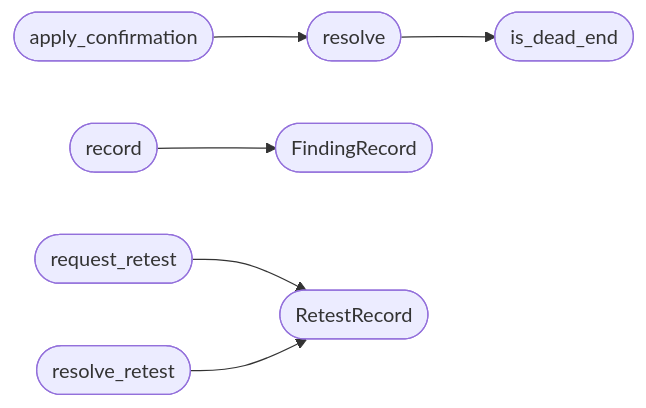
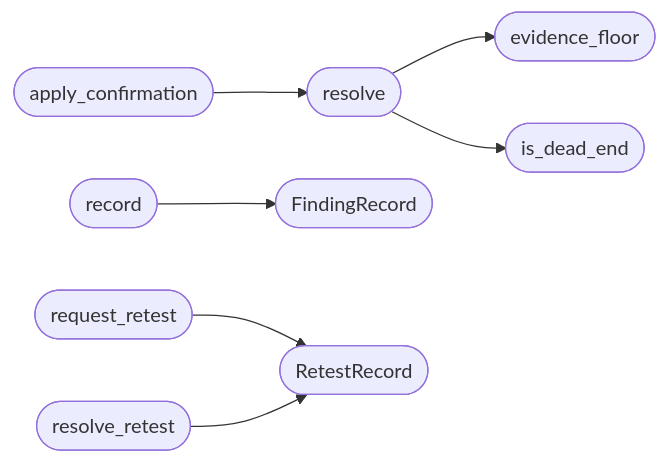
Before and after one commit to grisuno/LazyOwn: the second of 2 diagrams in readmenator-apidocs/modules/modules.finding_lifecycle.py.md, drawn with Mermaid. The commit also changed other lines of this file and 276 other files, not shown here.

````diff
--- a/readmenator-apidocs/modules/modules.finding_lifecycle.py.md
+++ b/readmenator-apidocs/modules/modules.finding_lifecycle.py.md
@@ -51,16 +51,18 @@
 ```mermaid
 flowchart LR
     n_modules_finding_lifecycle_py__resolve(["resolve"])
+    n_modules_finding_lifecycle_py__evidence_floor(["evidence_floor"])
     n_modules_finding_lifecycle_py__is_dead_end(["is_dead_end"])
     n_modules_finding_lifecycle_py__apply_confirmation(["apply_confirmation"])
     n_modules_finding_lifecycle_py__record(["record"])
     n_modules_finding_lifecycle_py__FindingRecord(["FindingRecord"])
     n_modules_finding_lifecycle_py__request_retest(["request_retest"])
     n_modules_finding_lifecycle_py__RetestRecord(["RetestRecord"])
     n_modules_finding_lifecycle_py__resolve_retest(["resolve_retest"])
+    n_modules_finding_lifecycle_py__resolve --> n_modules_finding_lifecycle_py__evidence_floor
     n_modules_finding_lifecycle_py__resolve --> n_modules_finding_lifecycle_py__is_dead_end
     n_modules_finding_lifecycle_py__apply_confirmation --> n_modules_finding_lifecycle_py__resolve
     n_modules_finding_lifecycle_py__record --> n_modules_finding_lifecycle_py__FindingRecord
     n_modules_finding_lifecycle_py__request_retest --> n_modules_finding_lifecycle_py__RetestRecord
     n_modules_finding_lifecycle_py__resolve_retest --> n_modules_finding_lifecycle_py__RetestRecord
 ```
````
